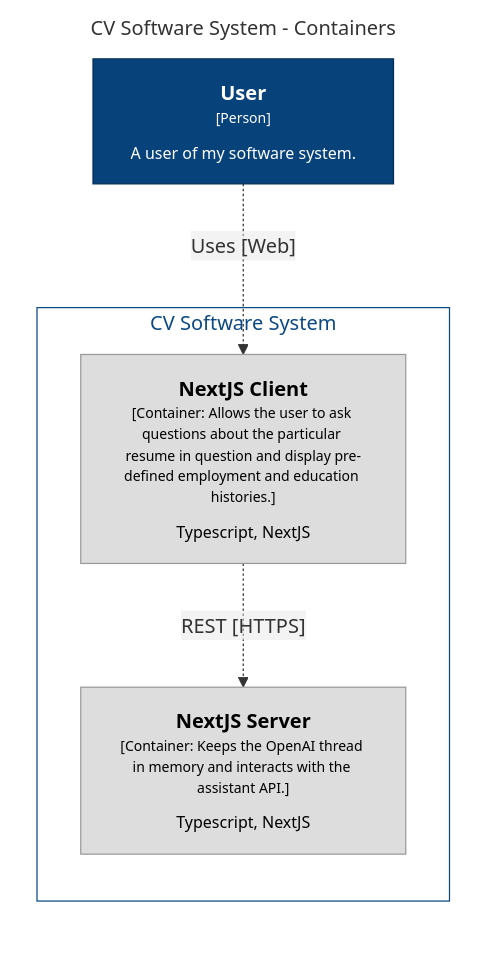
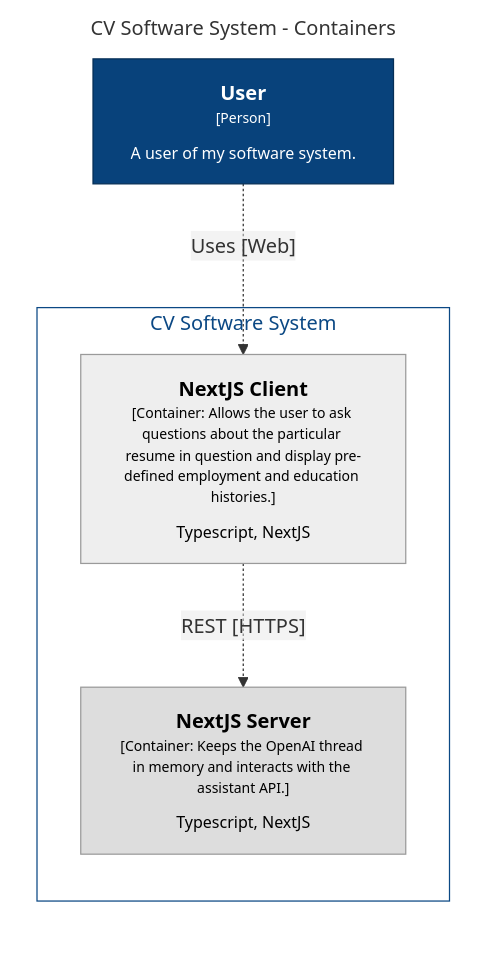
Before and after one commit to alexknips/nextjs-cv: the third of 3 diagrams in README.md, drawn with Mermaid. The commit also changed other lines of this file, not shown here.

Commit message:
color tries

````diff
--- a/README.md
+++ b/README.md
@@ -55,23 +55,23 @@
 ```mermaid
 graph LR
   linkStyle default fill:#ffffff
 
   subgraph diagram ["CV Software System - Containers"]
     style diagram fill:#ffffff,stroke:#ffffff
 
     2["<div style='font-weight: bold'>User</div><div style='font-size: 70%; margin-top: 0px'>[Person]</div><div style='font-size: 80%; margin-top:10px'>A user of my software system.</div>"]
     style 2 fill:#08427b,stroke:#052e56,color:#ffffff
 
     subgraph 4 [CV Software System]
       style 4 fill:#ffffff,stroke:#0b4884,color:#0b4884
 
       5["<div style='font-weight: bold'>NextJS Client</div><div style='font-size: 70%; margin-top: 0px'>[Container: Allows the user to ask questions about the particular resume in question and display pre-defined employment and education histories.]</div><div style='font-size: 80%; margin-top:10px'>Typescript, NextJS</div>"]
-      style 5 fill:#dddddd,stroke:#9a9a9a,color:#000000
+      style 5 fill:#eeeeee,stroke:#9a9a9a,color:#000000
       6["<div style='font-weight: bold'>NextJS Server</div><div style='font-size: 70%; margin-top: 0px'>[Container: Keeps the OpenAI thread in memory and interacts with the assistant API.]</div><div style='font-size: 80%; margin-top:10px'>Typescript, NextJS</div>"]
       style 6 fill:#dddddd,stroke:#9a9a9a,color:#000000
     end
 
     5-. "<div>REST [HTTPS]</div><div style='font-size: 70%'></div>" .->6
     2-. "<div>Uses [Web]</div><div style='font-size: 70%'></div>" .->5
   end
 ```
````
